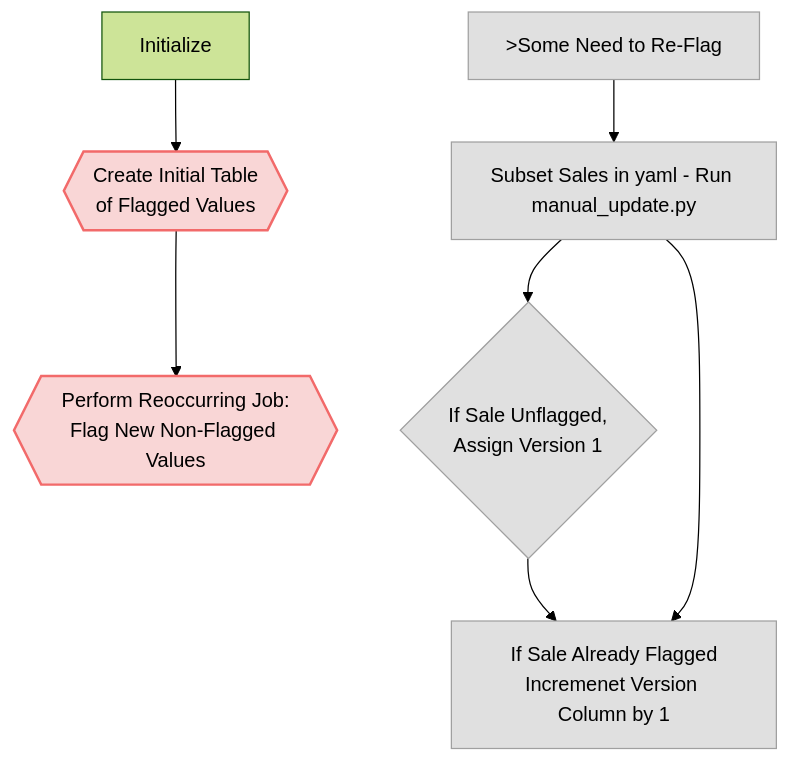
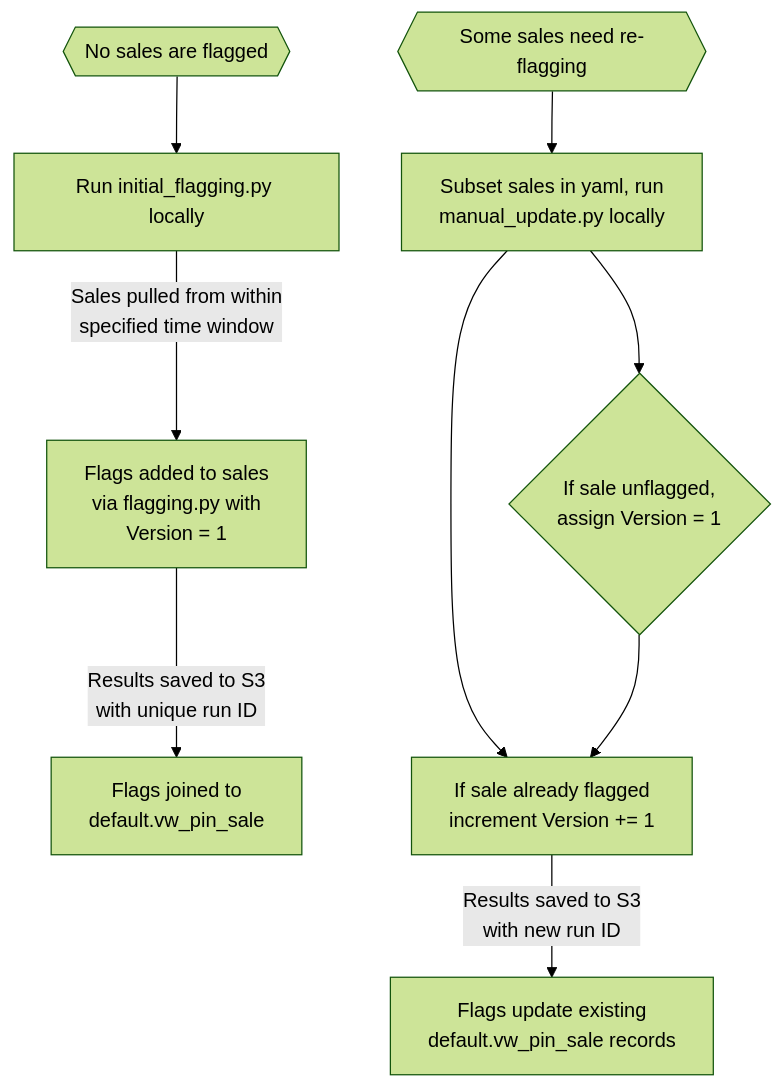
One commit to ccao-data/model-sales-val changed the first of 2 diagrams in README.md. Above: the diagram before and after it, drawn with Mermaid (forest theme). The commit also changed other lines of this file, not shown here.

Commit message:
Edit README copy, structure, and diagrams

````diff
--- a/README.md
+++ b/README.md
@@ -28,27 +27,26 @@
-  ``` mermaid
+```mermaid
 graph TD
 
-    A[Initialize]
-    B{{Create Initial Table<br>of Flagged Values}}
-    C{{Perform Reoccurring Job:<br>Flag New Non-Flagged Values}}
-    D[>Some Need to Re-Flag]
-    E[Subset Sales in yaml - Run manual_update.py]
-    F[If Sale Already Flagged<br>Incremenet Version Column by 1]
-    G{If Sale Unflagged,<br>Assign Version 1}
+    A{{No sales are flagged}}
+    B[Run initial_flagging.py locally]
 
-    class B,C recurringProcess;
-    class D,E,F,G secondaryProcess;
+    C[Flags added to sales<br>via flagging.py with<br>Version = 1]
+    D[Flags joined to<br>default.vw_pin_sale]
 
     A --> B
-    B --> C
+    B -- Sales pulled from within<br>specified time window --> C
+    C -- Results saved to S3<br>with unique run ID --> D
 
-    D --> E
-    E --> G
-    G --> F
+    E{{Some sales need re-flagging}}
+    F[Subset sales in yaml, run<br>manual_update.py locally]
+    G[If sale already flagged<br>increment Version += 1]
+    H{If sale unflagged,<br>assign Version = 1}
+    I[Flags update existing<br>default.vw_pin_sale records]
+
     E --> F
+    F --> G
+    F --> H
+    H --> G
+    G -- Results saved to S3<br>with new run ID --> I
 
-    classDef recurringProcess fill:#f9d6d6,stroke:#f26a6a,stroke-width:2px;
-    classDef secondaryProcess fill:#e0e0e0,stroke:#a0a0a0,stroke-width:1px;
-
-
-  ```
+```
````
